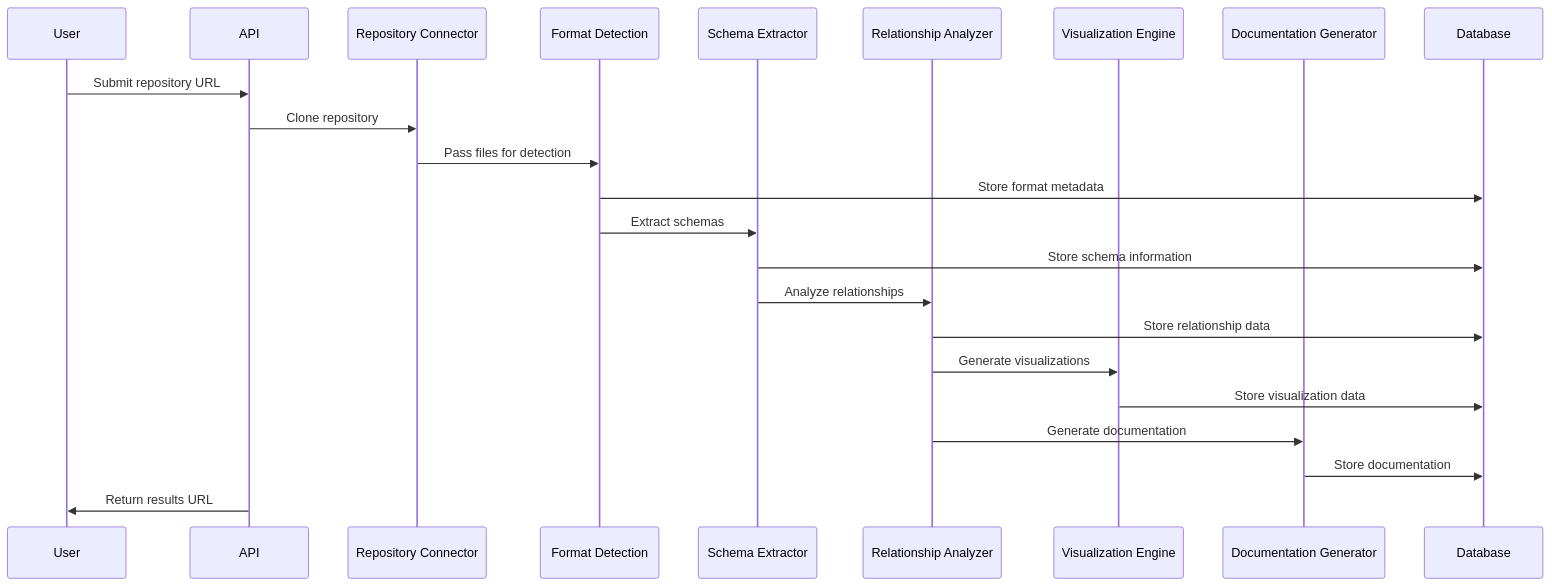
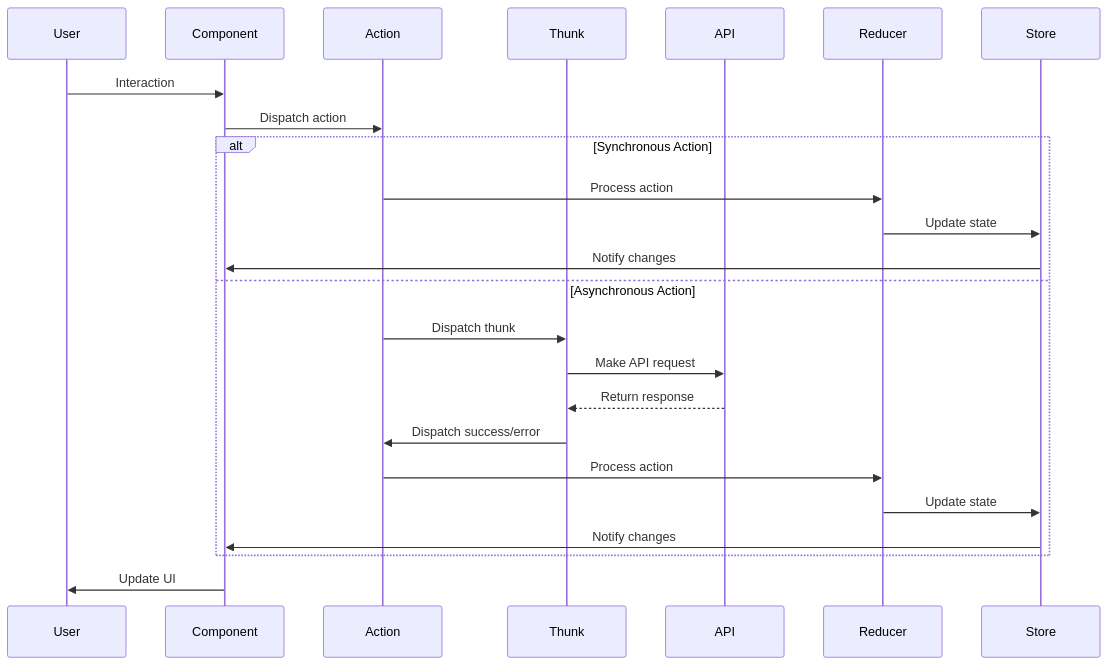
Before and after one commit to jonahkeegan/data-dictionary-agency: the third of 3 diagrams in memory-bank/systemPatterns.md, drawn with Mermaid. The commit also changed other lines of this file and 27 other files, not shown here.

````diff
--- a/memory-bank/systemPatterns.md
+++ b/memory-bank/systemPatterns.md
@@ -123,26 +77,29 @@
 ```mermaid
 sequenceDiagram
     participant User
+    participant Component
+    participant Action
+    participant Thunk
     participant API
-    participant RC as Repository Connector
-    participant FD as Format Detection
-    participant SE as Schema Extractor
-    participant RA as Relationship Analyzer
-    participant VE as Visualization Engine
-    participant DG as Documentation Generator
-    participant DB as Database
+    participant Reducer
+    participant Store
     
-    User->>API: Submit repository URL
-    API->>RC: Clone repository
-    RC->>FD: Pass files for detection
-    FD->>DB: Store format metadata
-    FD->>SE: Extract schemas
-    SE->>DB: Store schema information
-    SE->>RA: Analyze relationships
-    RA->>DB: Store relationship data
-    RA->>VE: Generate visualizations
-    VE->>DB: Store visualization data
-    RA->>DG: Generate documentation
-    DG->>DB: Store documentation
-    API->>User: Return results URL
+    User->>Component: Interaction
+    Component->>Action: Dispatch action
+    
+    alt Synchronous Action
+        Action->>Reducer: Process action
+        Reducer->>Store: Update state
+        Store->>Component: Notify changes
+    else Asynchronous Action
+        Action->>Thunk: Dispatch thunk
+        Thunk->>API: Make API request
+        API-->>Thunk: Return response
+        Thunk->>Action: Dispatch success/error
+        Action->>Reducer: Process action
+        Reducer->>Store: Update state
+        Store->>Component: Notify changes
+    end
+    
+    Component->>User: Update UI
 ```
````
